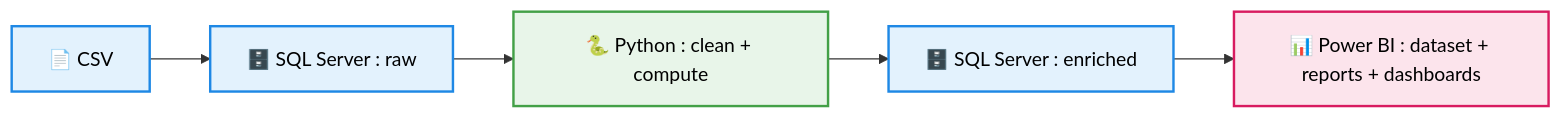
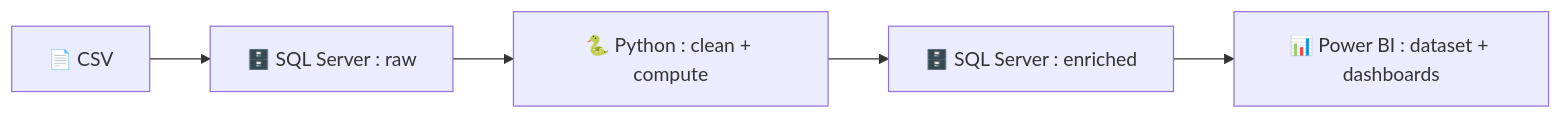
One commit to FatehChaabat/industrial-sensor-data-pipeline changed the diagram in README.md. Above: the diagram before and after it, drawn with Mermaid. The commit also changed other lines of this file, not shown here.

````diff
--- a/README.md
+++ b/README.md
@@ -16,18 +16,8 @@
 ```mermaid
 flowchart LR
 
 A[📄 CSV] --> B[🗄️ SQL Server : raw]
 B --> C[🐍 Python : clean + compute]
 C --> D[🗄️ SQL Server : enriched]
-D --> E[📊 Power BI : dataset + reports + dashboards]
-
-%% Styles
-classDef sql fill:#e3f2fd,stroke:#1e88e5,stroke-width:2px,color:#000;
-classDef python fill:#e8f5e9,stroke:#43a047,stroke-width:2px,color:#000;
-classDef power_bi fill:#fce4ec,stroke:#d81b60,stroke-width:2px,color:#000;
-
-%% Affectation
-class A,B,D sql;
-class C python;
-class E power_bi;
+D --> E[📊 Power BI : dataset + dashboards]
 ```
````
